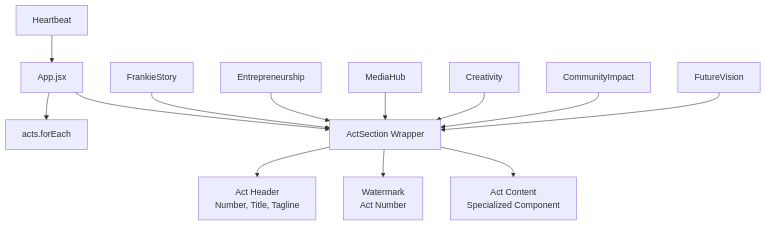
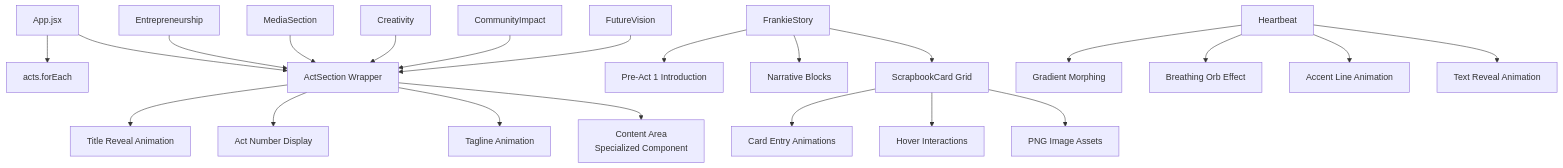
One commit to rakeshmaity271/frankie-picasso changed the eighth of 10 diagrams in .qoder/repowiki/en/content/Application Architecture.md. Above: the diagram before and after it, drawn with Mermaid. The commit also changed other lines of this file and 38 other files, not shown here.

````diff
--- a/.qoder/repowiki/en/content/Application Architecture.md
+++ b/.qoder/repowiki/en/content/Application Architecture.md
@@ -444,15 +724,24 @@
 ```mermaid
 flowchart TD
 App["App.jsx"] --> ActsLoop["acts.forEach"]
 App --> ActSection["ActSection Wrapper"]
-ActSection --> Header["Act Header<br/>Number, Title, Tagline"]
-ActSection --> Watermark["Watermark<br/>Act Number"]
-ActSection --> Content["Act Content<br/>Specialized Component"]
-FrankieStory["FrankieStory"] --> ActSection
+ActSection --> TitleReveal["Title Reveal Animation"]
+ActSection --> ActNumber["Act Number Display"]
+ActSection --> TaglineAnim["Tagline Animation"]
+ActSection --> ContentArea["Content Area<br/>Specialized Component"]
+FrankieStory["FrankieStory"] --> PreAct1Intro["Pre-Act 1 Introduction"]
+FrankieStory --> NarrativeBlocks["Narrative Blocks"]
+FrankieStory --> ScrapbookCards["ScrapbookCard Grid"]
+ScrapbookCards --> CardAnimations["Card Entry Animations"]
+ScrapbookCards --> HoverEffects["Hover Interactions"]
+ScrapbookCards --> ImageAssets["PNG Image Assets"]
+Heartbeat["Heartbeat"] --> GradientMorph["Gradient Morphing"]
+Heartbeat --> BreathingOrb["Breathing Orb Effect"]
+Heartbeat --> AccentLine["Accent Line Animation"]
+Heartbeat --> TextReveal["Text Reveal Animation"]
 Entrepreneurship["Entrepreneurship"] --> ActSection
-MediaHub["MediaHub"] --> ActSection
+MediaSection["MediaSection"] --> ActSection
 Creativity["Creativity"] --> ActSection
 CommunityImpact["CommunityImpact"] --> ActSection
 FutureVision["FutureVision"] --> ActSection
-Heartbeat["Heartbeat"] --> App
 ```
````
